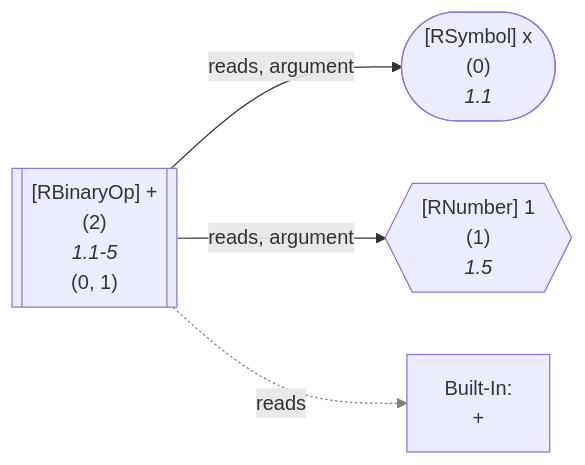
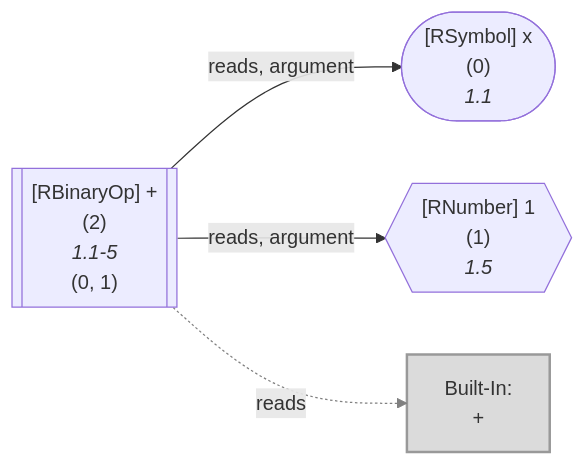
Before and after one commit to flowr-analysis/flowr: the second of 9 diagrams in wiki/Query API.md, drawn with Mermaid. The commit also changed other lines of this file and 6 other files, not shown here.

Commit message:
[skip ci] doc: update generated wiki pages (wiki/Capabilities,wiki/Dataflow Graph,wiki/Query API,wiki/Search API,wiki/Interface,wiki/Core,README)

````diff
--- a/wiki/Query API.md
+++ b/wiki/Query API.md
@@ -1383,19 +1396,20 @@
 ```mermaid
 flowchart LR
     0(["`#91;RSymbol#93; x
       (0)
       *1.1*`"])
     1{{"`#91;RNumber#93; 1
       (1)
       *1.5*`"}}
     2[["`#91;RBinaryOp#93; #43;
       (2)
       *1.1-5*
     (0, 1)`"]]
     built-in:_["`Built-In:
 #43;`"]
+    style built-in:_ stroke:gray,fill:lightgray,stroke-width:2px,opacity:.8;
     2 -->|"reads, argument"| 0
     2 -->|"reads, argument"| 1
     2 -.->|"reads"| built-in:_
     linkStyle 2 stroke:gray;
 ```
````
